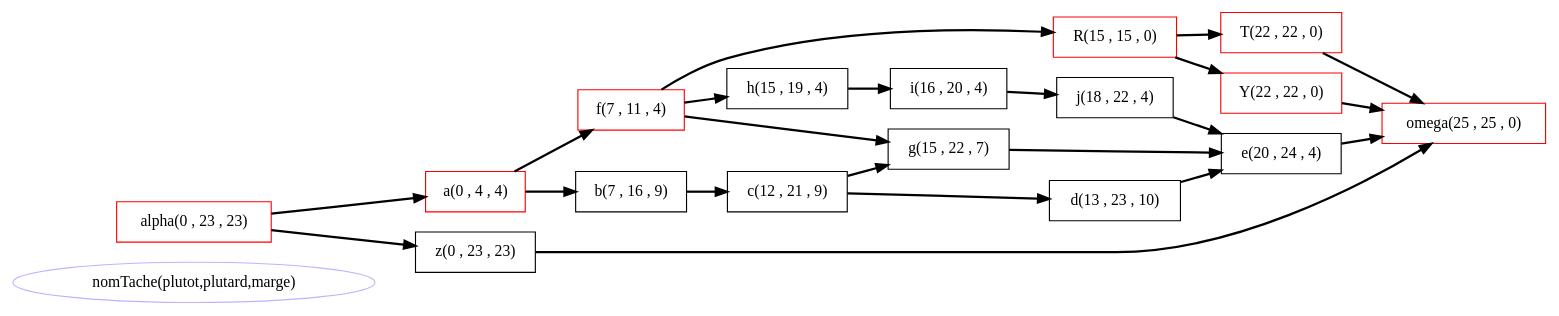
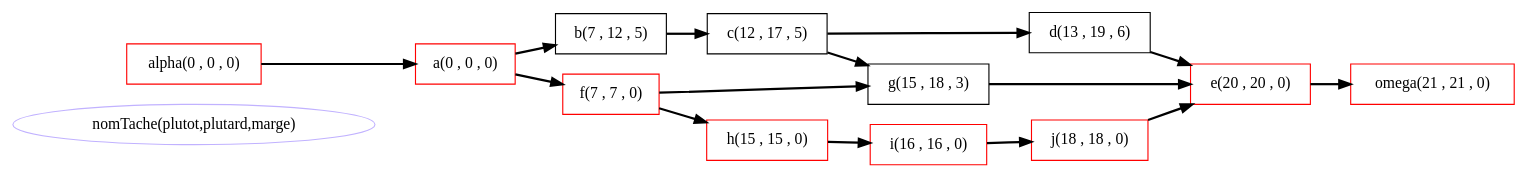
The diagram in graphviz.dot (DupontC/RO_Ordonnancement-Couplages), drawn with Graphviz before and after one commit. The commit also changed 15 other files, not shown here.

```diff
--- a/graphviz.dot
+++ b/graphviz.dot
@@ -1,41 +1,30 @@
 digraph G{
 rankdir = LR;
 make_string [label="nomTache(plutot,plutard,marge)",color=".7 .3 1.0"];
-"R(15 , 15 , 0)"[color=red][shape=box];
-"T(22 , 22 , 0)"[color=red][shape=box];
-"Y(22 , 22 , 0)"[color=red][shape=box];
-"a(0 , 4 , 4)"[color=red][shape=box];
-"alpha(0 , 23 , 23)"[color=red][shape=box];
-"b(7 , 16 , 9)"[shape=box];
-"c(12 , 21 , 9)"[shape=box];
-"d(13 , 23 , 10)"[shape=box];
-"e(20 , 24 , 4)"[shape=box];
-"f(7 , 11 , 4)"[color=red][shape=box];
-"g(15 , 22 , 7)"[shape=box];
-"h(15 , 19 , 4)"[shape=box];
-"i(16 , 20 , 4)"[shape=box];
-"j(18 , 22 , 4)"[shape=box];
-"omega(25 , 25 , 0)"[color=red][shape=box];
-"z(0 , 23 , 23)"[shape=box];
-"f(7 , 11 , 4)" -> "R(15 , 15 , 0)"[style=bold];
-"R(15 , 15 , 0)" -> "T(22 , 22 , 0)"[style=bold];
-"R(15 , 15 , 0)" -> "Y(22 , 22 , 0)"[style=bold];
-"alpha(0 , 23 , 23)" -> "a(0 , 4 , 4)"[style=bold];
-"a(0 , 4 , 4)" -> "b(7 , 16 , 9)"[style=bold];
-"b(7 , 16 , 9)" -> "c(12 , 21 , 9)"[style=bold];
-"c(12 , 21 , 9)" -> "d(13 , 23 , 10)"[style=bold];
-"d(13 , 23 , 10)" -> "e(20 , 24 , 4)"[style=bold];
-"g(15 , 22 , 7)" -> "e(20 , 24 , 4)"[style=bold];
-"j(18 , 22 , 4)" -> "e(20 , 24 , 4)"[style=bold];
-"a(0 , 4 , 4)" -> "f(7 , 11 , 4)"[style=bold];
-"f(7 , 11 , 4)" -> "g(15 , 22 , 7)"[style=bold];
-"c(12 , 21 , 9)" -> "g(15 , 22 , 7)"[style=bold];
-"f(7 , 11 , 4)" -> "h(15 , 19 , 4)"[style=bold];
-"h(15 , 19 , 4)" -> "i(16 , 20 , 4)"[style=bold];
-"i(16 , 20 , 4)" -> "j(18 , 22 , 4)"[style=bold];
-"T(22 , 22 , 0)" -> "omega(25 , 25 , 0)"[style=bold];
-"Y(22 , 22 , 0)" -> "omega(25 , 25 , 0)"[style=bold];
-"e(20 , 24 , 4)" -> "omega(25 , 25 , 0)"[style=bold];
-"z(0 , 23 , 23)" -> "omega(25 , 25 , 0)"[style=bold];
-"alpha(0 , 23 , 23)" -> "z(0 , 23 , 23)"[style=bold];
+"a(0 , 0 , 0)"[color=red][shape=box];
+"alpha(0 , 0 , 0)"[color=red][shape=box];
+"b(7 , 12 , 5)"[shape=box];
+"c(12 , 17 , 5)"[shape=box];
+"d(13 , 19 , 6)"[shape=box];
+"e(20 , 20 , 0)"[color=red][shape=box];
+"f(7 , 7 , 0)"[color=red][shape=box];
+"g(15 , 18 , 3)"[shape=box];
+"h(15 , 15 , 0)"[color=red][shape=box];
+"i(16 , 16 , 0)"[color=red][shape=box];
+"j(18 , 18 , 0)"[color=red][shape=box];
+"omega(21 , 21 , 0)"[color=red][shape=box];
+"alpha(0 , 0 , 0)" -> "a(0 , 0 , 0)"[style=bold];
+"a(0 , 0 , 0)" -> "b(7 , 12 , 5)"[style=bold];
+"b(7 , 12 , 5)" -> "c(12 , 17 , 5)"[style=bold];
+"c(12 , 17 , 5)" -> "d(13 , 19 , 6)"[style=bold];
+"d(13 , 19 , 6)" -> "e(20 , 20 , 0)"[style=bold];
+"g(15 , 18 , 3)" -> "e(20 , 20 , 0)"[style=bold];
+"j(18 , 18 , 0)" -> "e(20 , 20 , 0)"[style=bold];
+"a(0 , 0 , 0)" -> "f(7 , 7 , 0)"[style=bold];
+"f(7 , 7 , 0)" -> "g(15 , 18 , 3)"[style=bold];
+"c(12 , 17 , 5)" -> "g(15 , 18 , 3)"[style=bold];
+"f(7 , 7 , 0)" -> "h(15 , 15 , 0)"[style=bold];
+"h(15 , 15 , 0)" -> "i(16 , 16 , 0)"[style=bold];
+"i(16 , 16 , 0)" -> "j(18 , 18 , 0)"[style=bold];
+"e(20 , 20 , 0)" -> "omega(21 , 21 , 0)"[style=bold];
 }
```
